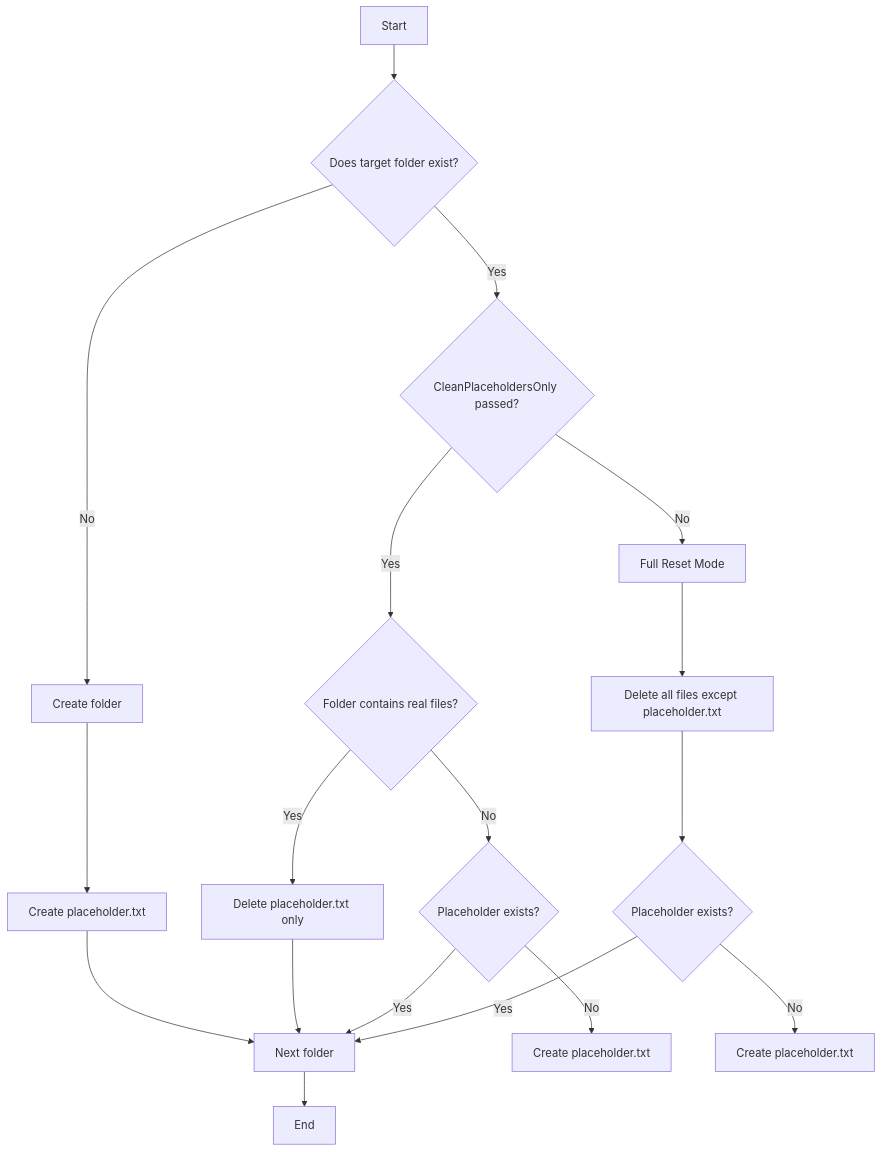
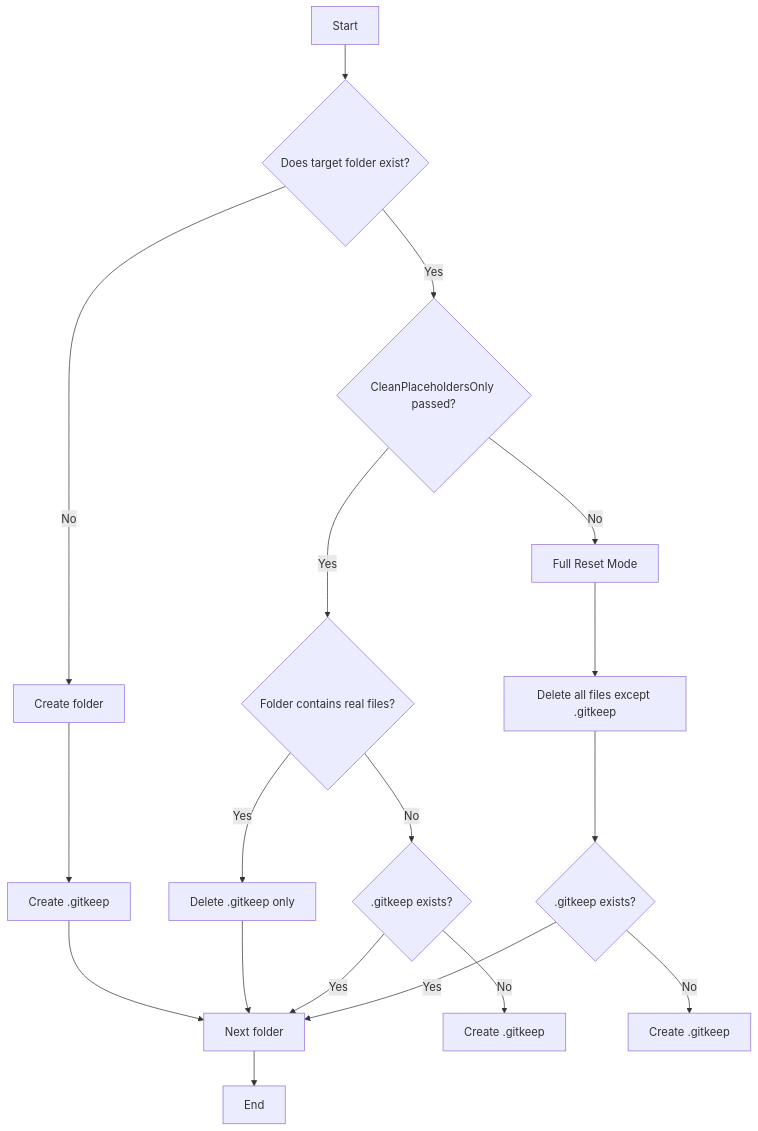
The diagram in scripts/export/tools/Initialize-ExportEnvironment-README.md (TarekNajem04/AI-Assisted-Professional-Engineering-with-.NET), drawn with Mermaid before and after one commit. The commit also changed other lines of this file and 12 other files, not shown here.

First line of the commit message:
refactor(export): use .gitkeep instead of placeholder.txt

````diff
--- a/scripts/export/tools/Initialize-ExportEnvironment-README.md
+++ b/scripts/export/tools/Initialize-ExportEnvironment-README.md
@@ -59,28 +59,28 @@
 ```mermaid
 flowchart TD
 
 A[Start] --> B{Does target folder exist?}
 
 B -->|No| C[Create folder]
-C --> D[Create placeholder.txt]
+C --> D[Create .gitkeep]
 D --> Z[Next folder]
 
 B -->|Yes| E{CleanPlaceholdersOnly passed?}
 
 E -->|Yes| F{Folder contains real files?}
-F -->|Yes| G[Delete placeholder.txt only]
+F -->|Yes| G[Delete .gitkeep only]
 G --> Z[Next folder]
 
-F -->|No| H{Placeholder exists?}
-H -->|No| I[Create placeholder.txt]
+F -->|No| H{.gitkeep exists?}
+H -->|No| I[Create .gitkeep]
 H -->|Yes| Z[Next folder]
 
 E -->|No| J[Full Reset Mode]
-J --> K[Delete all files except placeholder.txt]
+J --> K[Delete all files except .gitkeep]
 
-K --> L{Placeholder exists?}
-L -->|No| M[Create placeholder.txt]
+K --> L{.gitkeep exists?}
+L -->|No| M[Create .gitkeep]
 L -->|Yes| Z[Next folder]
 
 Z --> N[End]
 ```
````
